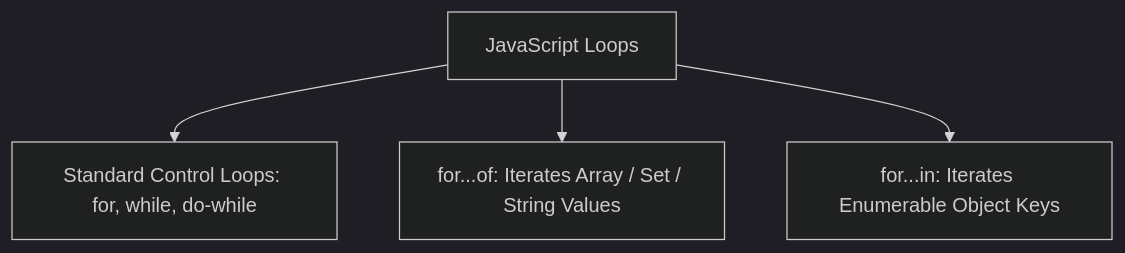
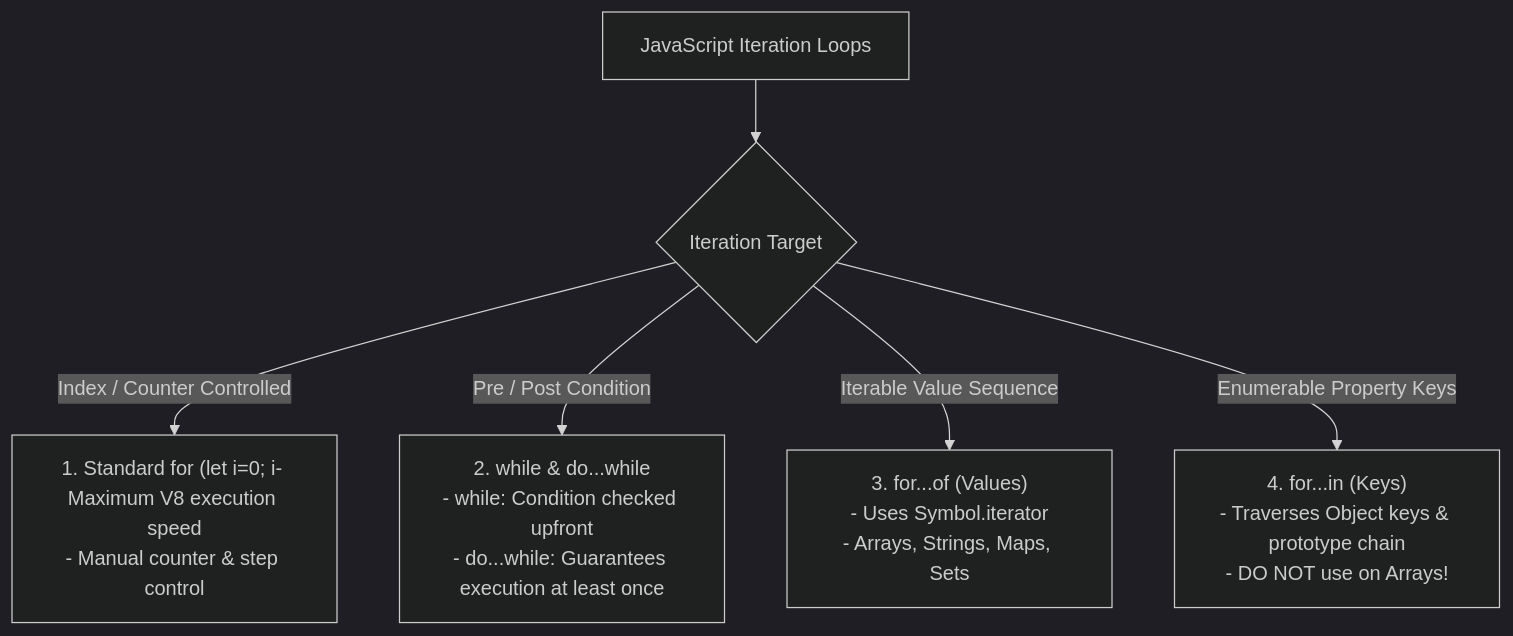
One commit to Amie-dev/engineering-playbook changed the first of 3 diagrams in js-notes/17-loops.md. Above: the diagram before and after it, drawn with Mermaid (dark theme). The commit also changed other lines of this file and 42 other files, not shown here.

First line of the commit message:
Refactor JavaScript Notes: Enhance Modules 39-43 with Detailed Explanations and Examples

````diff
--- a/js-notes/17-loops.md
+++ b/js-notes/17-loops.md
@@ -10,6 +17,9 @@
 ```mermaid
-graph TD
-    Loop[JavaScript Loops] --> Standard[Standard Control Loops: for, while, do-while]
-    Loop --> Iterable["for...of: Iterates Array / Set / String Values"]
-    Loop --> ObjectKeys["for...in: Iterates Enumerable Object Keys"]
+flowchart TD
+    Loop[JavaScript Iteration Loops] --> Purpose{Iteration Target}
+
+    Purpose -- "Index / Counter Controlled" --> StandardFor["1. Standard for (let i=0; i<N; i++)<br/>- Maximum V8 execution speed<br/>- Manual counter & step control"]
+    Purpose -- "Pre / Post Condition" --> WhileDo["2. while & do...while<br/>- while: Condition checked upfront<br/>- do...while: Guarantees execution at least once"]
+    Purpose -- "Iterable Value Sequence" --> ForOf["3. for...of (Values)<br/>- Uses Symbol.iterator<br/>- Arrays, Strings, Maps, Sets"]
+    Purpose -- "Enumerable Property Keys" --> ForIn["4. for...in (Keys)<br/>- Traverses Object keys & prototype chain<br/>- DO NOT use on Arrays!"]
 ```
````
